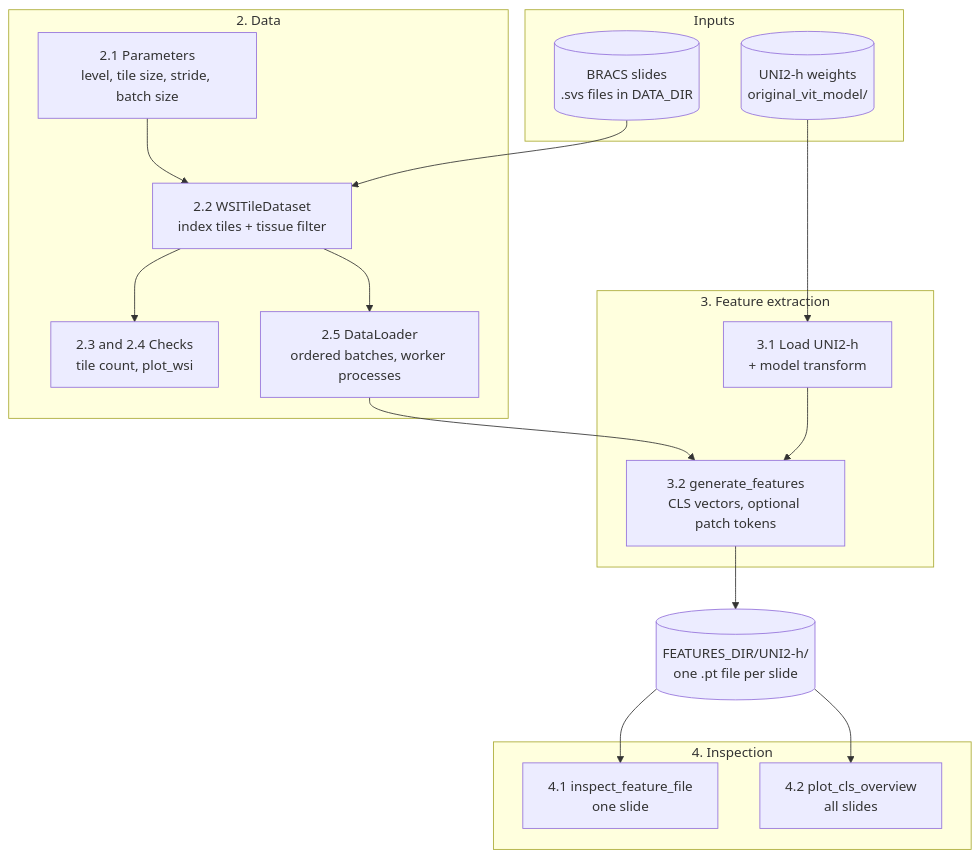
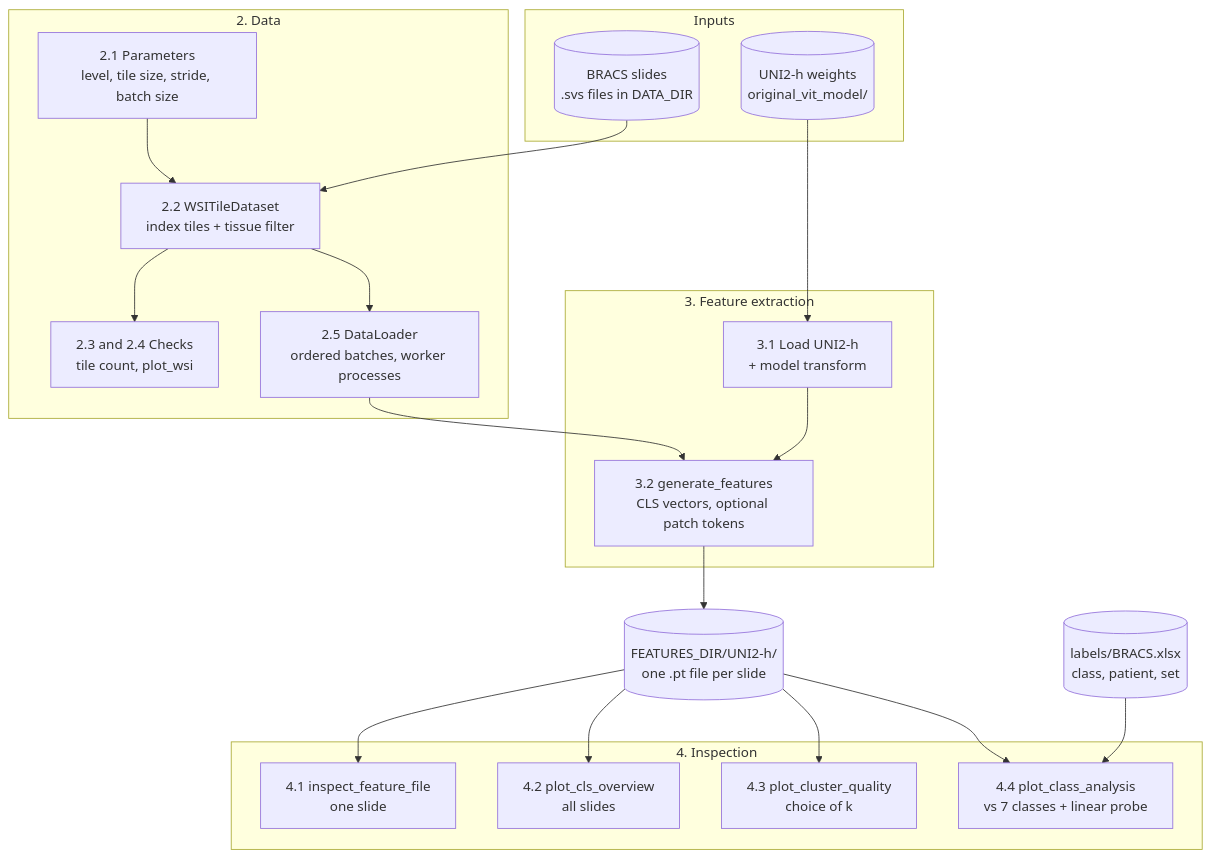
The second of 3 diagrams in README.md (guisazevedo/phd_streamembed), drawn with Mermaid before and after one commit. The commit also changed other lines of this file and 40 other files, not shown here.

````diff
--- a/README.md
+++ b/README.md
@@ -90,37 +195,42 @@
 ```mermaid
 flowchart TD
     subgraph IN["Inputs"]
         SVS[("BRACS slides<br/>.svs files in DATA_DIR")]
         W[("UNI2-h weights<br/>original_vit_model/")]
     end
 
     subgraph S2["2. Data"]
         P["2.1 Parameters<br/>level, tile size, stride, batch size"]
         DS["2.2 WSITileDataset<br/>index tiles + tissue filter"]
         CHK["2.3 and 2.4 Checks<br/>tile count, plot_wsi"]
         DL["2.5 DataLoader<br/>ordered batches, worker processes"]
     end
 
     subgraph S3["3. Feature extraction"]
         M["3.1 Load UNI2-h<br/>+ model transform"]
         GF["3.2 generate_features<br/>CLS vectors, optional patch tokens"]
     end
 
     OUT[("FEATURES_DIR/UNI2-h/<br/>one .pt file per slide")]
 
     subgraph S4["4. Inspection"]
         I1["4.1 inspect_feature_file<br/>one slide"]
         I2["4.2 plot_cls_overview<br/>all slides"]
+        I3["4.3 plot_cluster_quality<br/>choice of k"]
+        I4["4.4 plot_class_analysis<br/>vs 7 classes + linear probe"]
     end
 
     SVS --> DS
     P --> DS
     DS --> CHK
     DS --> DL
     DL --> GF
     W --> M
     M --> GF
     GF --> OUT
     OUT --> I1
     OUT --> I2
+    OUT --> I3
+    OUT --> I4
+    LAB[("labels/BRACS.xlsx<br/>class, patient, set")] --> I4
 ```
````
